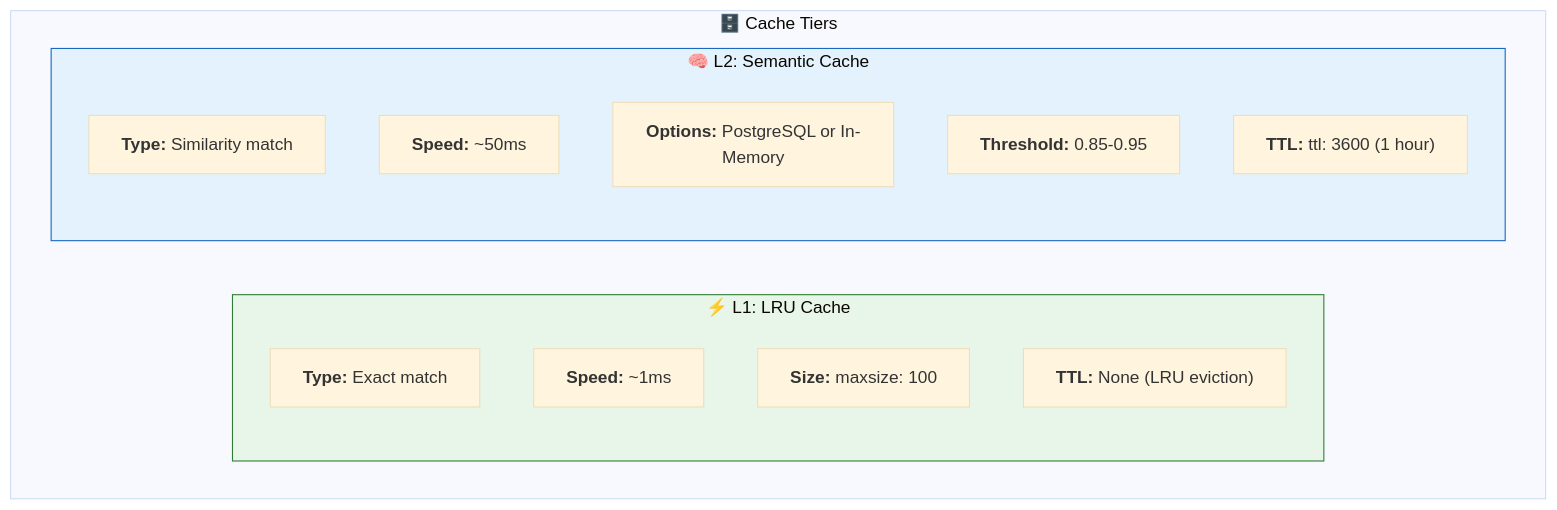
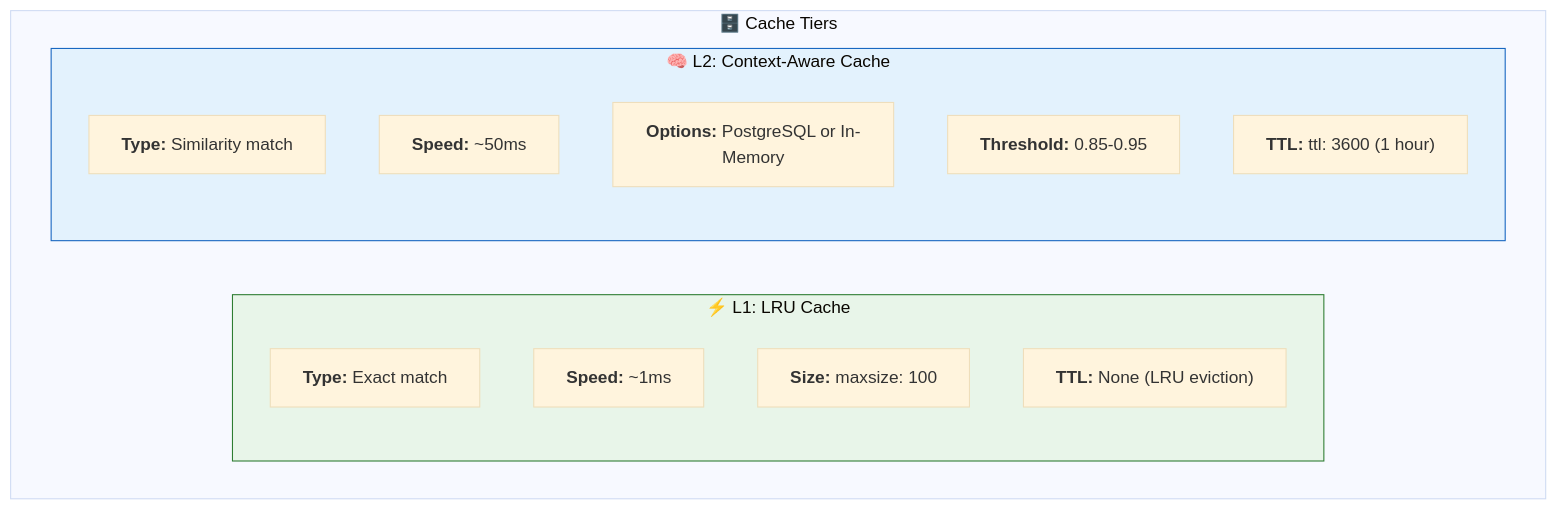
The second of 6 diagrams in config/examples/04_genie/README.md (natefleming/retail-ai), drawn with Mermaid before and after one commit. The commit also changed other lines of this file and 25 other files, not shown here.

Commit message:
refactor semantic cache config model

````diff
--- a/config/examples/04_genie/README.md
+++ b/config/examples/04_genie/README.md
@@ -69,23 +69,23 @@
 ```mermaid
 %%{init: {'theme': 'base'}}%%
 graph TB
     subgraph Tiers["🗄️ Cache Tiers"]
         subgraph L1["⚡ L1: LRU Cache"]
             LRU1["<b>Type:</b> Exact match"]
             LRU2["<b>Speed:</b> ~1ms"]
             LRU3["<b>Size:</b> maxsize: 100"]
             LRU4["<b>TTL:</b> None (LRU eviction)"]
         end
         
-        subgraph L2["🧠 L2: Semantic Cache"]
+        subgraph L2["🧠 L2: Context-Aware Cache"]
             SEM1["<b>Type:</b> Similarity match"]
             SEM2["<b>Speed:</b> ~50ms"]
             SEM3["<b>Options:</b> PostgreSQL or In-Memory"]
             SEM4["<b>Threshold:</b> 0.85-0.95"]
             SEM5["<b>TTL:</b> ttl: 3600 (1 hour)"]
         end
     end
 
     style L1 fill:#e8f5e9,stroke:#2e7d32
     style L2 fill:#e3f2fd,stroke:#1565c0
 ```
````
